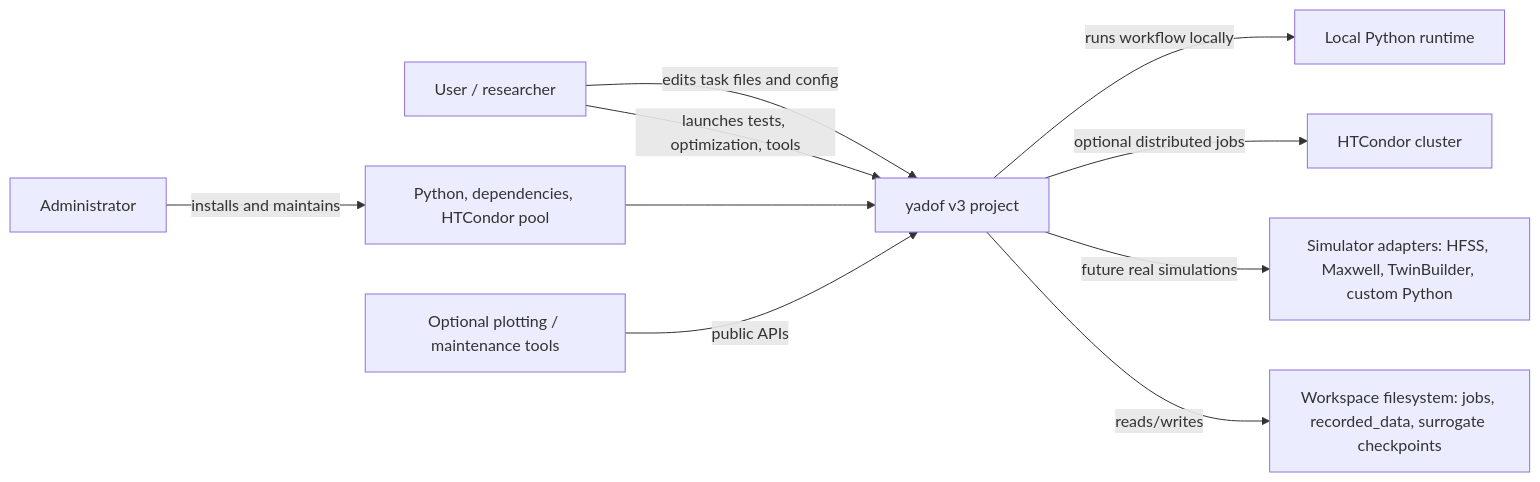
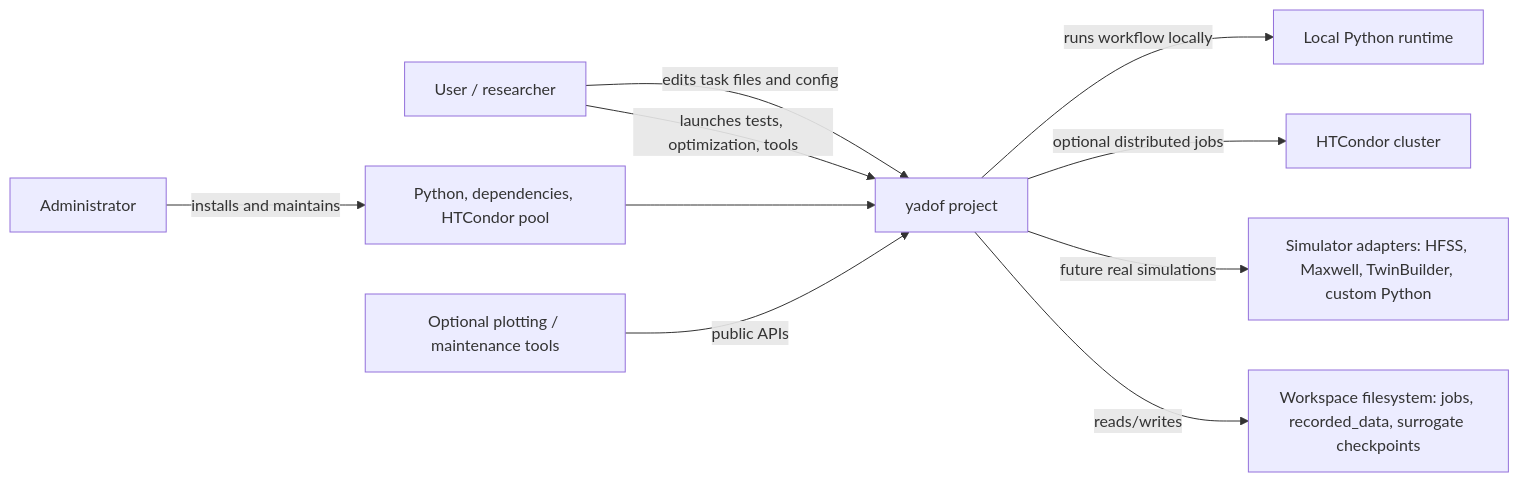
The diagram in dev_doc/architecture/c4_context.md (YS-Pan/yadof), drawn with Mermaid before and after one commit. The commit also changed 39 other files, not shown here.

````diff
--- a/dev_doc/architecture/c4_context.md
+++ b/dev_doc/architecture/c4_context.md
@@ -8,12 +8,12 @@
 ```mermaid
 flowchart LR
-    User["User / researcher"] -->|edits task files and config| Yadof["yadof v3 project"]
+    User["User / researcher"] -->|edits task files and config| Yadof["yadof project"]
     User -->|launches tests, optimization, tools| Yadof
     Administrator["Administrator"] -->|installs and maintains| Environment["Python, dependencies, HTCondor pool"]
     Environment --> Yadof
     Yadof -->|runs workflow locally| Python["Local Python runtime"]
     Yadof -->|optional distributed jobs| HTCondor["HTCondor cluster"]
     Yadof -->|future real simulations| Simulator["Simulator adapters: HFSS, Maxwell, TwinBuilder, custom Python"]
     Yadof -->|reads/writes| FS["Workspace filesystem: jobs, recorded_data, surrogate checkpoints"]
     Tools["Optional plotting / maintenance tools"] -->|public APIs| Yadof
 ```
````
